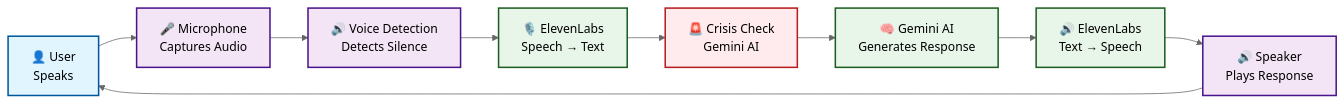
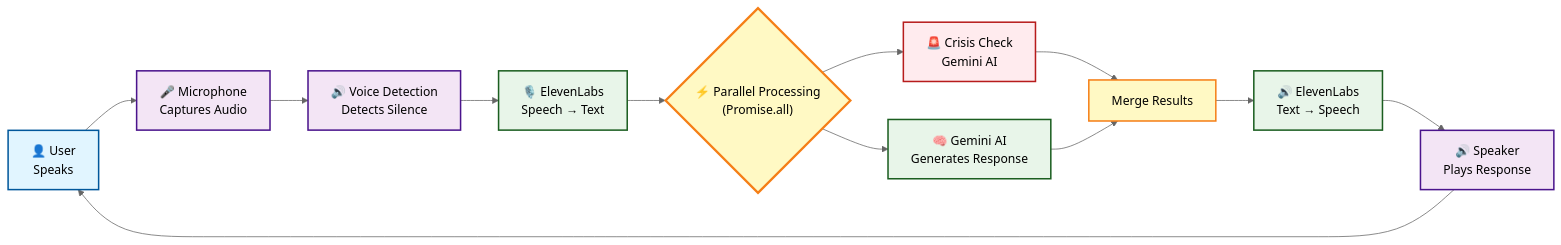
Before and after one commit to shahul01/voice-journal-therapy: the first of 6 diagrams in docs/ARCHITECTURE_FLOWCHART.md, drawn with Mermaid (neutral theme). The commit also changed other lines of this file and 2 other files, not shown here.

Commit message:
performance:bf: gemini response and crisis detection fetches happen via promise.all(),- not tested & sv checked(0e -)

````diff
--- a/docs/ARCHITECTURE_FLOWCHART.md
+++ b/docs/ARCHITECTURE_FLOWCHART.md
@@ -7,20 +7,25 @@
 ```mermaid
 flowchart LR
     User["👤 User<br/>Speaks"] --> Mic["🎤 Microphone<br/>Captures Audio"]
     Mic --> VAD["🔊 Voice Detection<br/>Detects Silence"]
     VAD --> STT["🎙️ ElevenLabs<br/>Speech → Text"]
-    STT --> Crisis["🚨 Crisis Check<br/>Gemini AI"]
-    Crisis --> AI["🧠 Gemini AI<br/>Generates Response"]
-    AI --> TTS["🔊 ElevenLabs<br/>Text → Speech"]
+    STT --> Parallel{"⚡ Parallel Processing<br/>(Promise.all)"}
+    Parallel --> Crisis["🚨 Crisis Check<br/>Gemini AI"]
+    Parallel --> AI["🧠 Gemini AI<br/>Generates Response"]
+    Crisis --> Merge["Merge Results"]
+    AI --> Merge
+    Merge --> TTS["🔊 ElevenLabs<br/>Text → Speech"]
     TTS --> Speaker["🔊 Speaker<br/>Plays Response"]
     Speaker --> User
 
     style User fill:#e1f5ff,stroke:#01579b,stroke-width:2px
     style Mic fill:#f3e5f5,stroke:#4a148c,stroke-width:2px
     style VAD fill:#f3e5f5,stroke:#4a148c,stroke-width:2px
     style STT fill:#e8f5e9,stroke:#1b5e20,stroke-width:2px
+    style Parallel fill:#fff9c4,stroke:#f57f17,stroke-width:3px
     style Crisis fill:#ffebee,stroke:#b71c1c,stroke-width:2px
     style AI fill:#e8f5e9,stroke:#1b5e20,stroke-width:2px
+    style Merge fill:#fff9c4,stroke:#f57f17,stroke-width:2px
     style TTS fill:#e8f5e9,stroke:#1b5e20,stroke-width:2px
     style Speaker fill:#f3e5f5,stroke:#4a148c,stroke-width:2px
 ```
````
